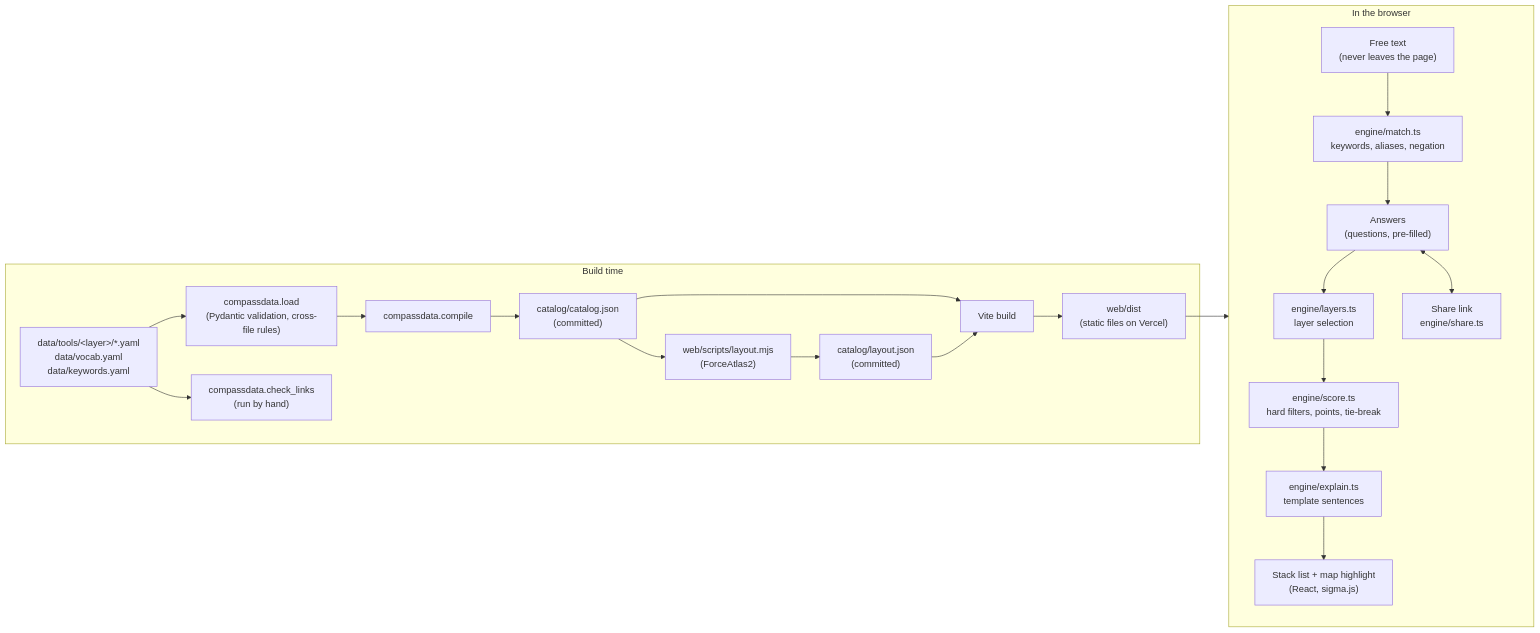
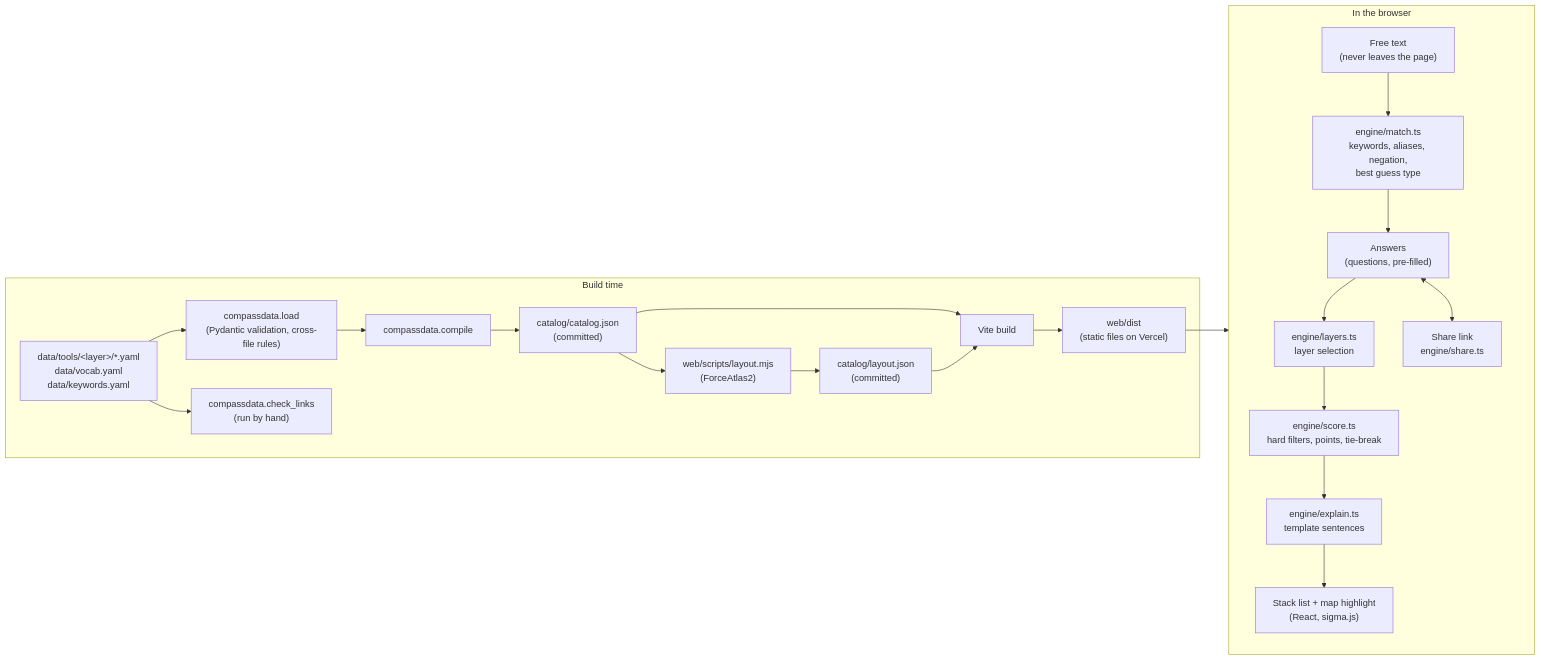
The diagram in README.md (sparshoza/stack-compass), drawn with Mermaid before and after one commit. The commit also changed other lines of this file and 2 other files, not shown here.

````diff
--- a/README.md
+++ b/README.md
@@ -23,36 +25,36 @@
 ```mermaid
 flowchart LR
   subgraph build["Build time"]
     yaml["data/tools/&lt;layer&gt;/*.yaml<br/>data/vocab.yaml<br/>data/keywords.yaml"]
     load["compassdata.load<br/>(Pydantic validation, cross-file rules)"]
     compile["compassdata.compile"]
     catalog["catalog/catalog.json<br/>(committed)"]
     layoutjs["web/scripts/layout.mjs<br/>(ForceAtlas2)"]
     layout["catalog/layout.json<br/>(committed)"]
     vite["Vite build"]
     dist["web/dist<br/>(static files on Vercel)"]
     links["compassdata.check_links<br/>(run by hand)"]
     yaml --> load --> compile --> catalog
     yaml --> links
     catalog --> layoutjs --> layout
     catalog --> vite
     layout --> vite
     vite --> dist
   end
 
   subgraph browser["In the browser"]
     text["Free text<br/>(never leaves the page)"]
-    match["engine/match.ts<br/>keywords, aliases, negation"]
+    match["engine/match.ts<br/>keywords, aliases, negation,<br/>best guess type"]
     answers["Answers<br/>(questions, pre-filled)"]
     layers["engine/layers.ts<br/>layer selection"]
     score["engine/score.ts<br/>hard filters, points, tie-break"]
     explain["engine/explain.ts<br/>template sentences"]
     ui["Stack list + map highlight<br/>(React, sigma.js)"]
     url["Share link<br/>engine/share.ts"]
     text --> match --> answers
     answers --> layers --> score --> explain --> ui
     answers <--> url
   end
 
   dist --> browser
 ```
````
